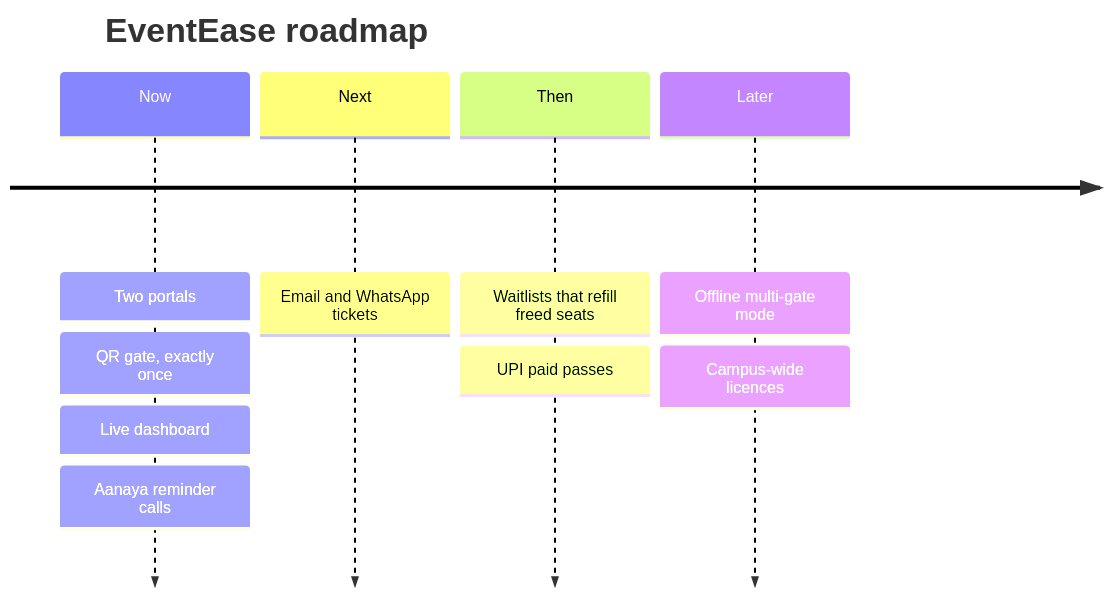
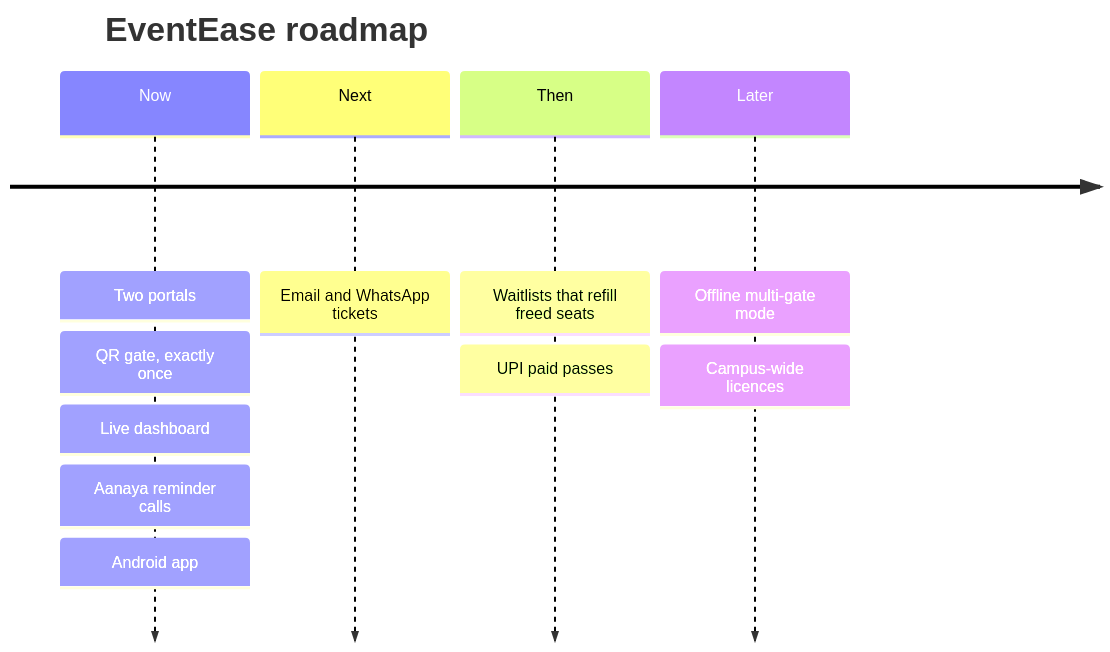
One commit to Dhruvil1308/EventEase changed the tenth of 10 diagrams in README.md. Above: the diagram before and after it, drawn with Mermaid. The commit also changed other lines of this file and 7 other files, not shown here.

Commit message:
Add the Android app download, screenshots and setup to the README

````diff
--- a/README.md
+++ b/README.md
@@ -681,8 +763,8 @@
 ```mermaid
 timeline
     title EventEase roadmap
-    Now : Two portals : QR gate, exactly once : Live dashboard : Aanaya reminder calls
+    Now : Two portals : QR gate, exactly once : Live dashboard : Aanaya reminder calls : Android app
     Next : Email and WhatsApp tickets
     Then : Waitlists that refill freed seats : UPI paid passes
     Later : Offline multi-gate mode : Campus-wide licences
 ```
````
